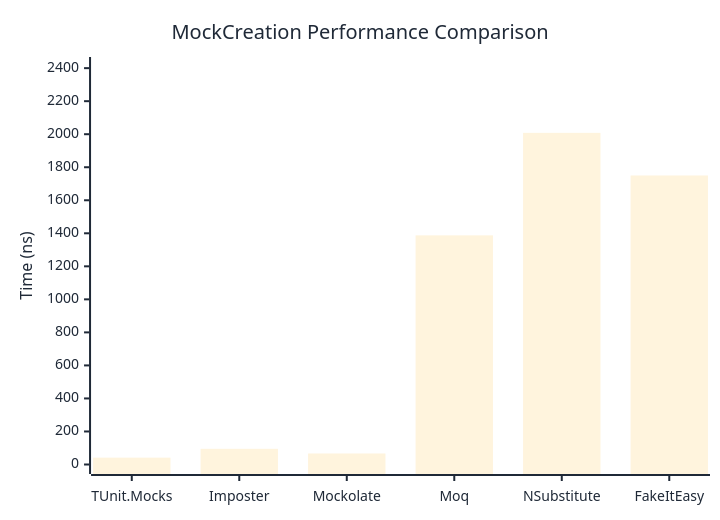
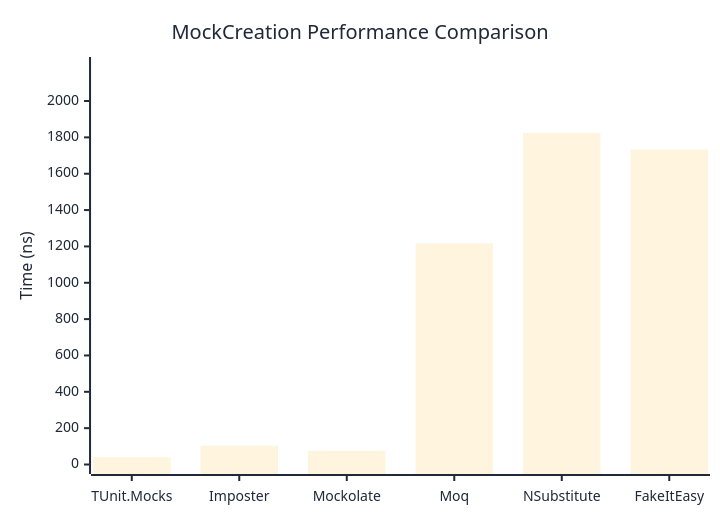
One commit to thomhurst/TUnit changed the first of 2 diagrams in docs/docs/benchmarks/mocks/MockCreation.md. Above: the diagram before and after it, drawn with Mermaid. The commit also changed other lines of this file and 14 other files, not shown here.

````diff
--- a/docs/docs/benchmarks/mocks/MockCreation.md
+++ b/docs/docs/benchmarks/mocks/MockCreation.md
@@ -28,27 +28,27 @@
 ```mermaid
 %%{init: {
   'theme':'base',
   'themeVariables': {
     'primaryColor': '#2563eb',
     'primaryTextColor': '#1f2937',
     'primaryBorderColor': '#1e40af',
     'lineColor': '#6b7280',
     'secondaryColor': '#7c3aed',
     'tertiaryColor': '#dc2626',
     'background': '#ffffff',
     'pie1': '#2563eb',
     'pie2': '#7c3aed',
     'pie3': '#dc2626',
     'pie4': '#f59e0b',
     'pie5': '#10b981',
     'pie6': '#06b6d4',
     'pie7': '#ec4899',
     'pie8': '#6366f1'
   }
 }}%%
 xychart-beta
   title "MockCreation Performance Comparison"
   x-axis ["TUnit.Mocks", "Imposter", "Mockolate", "Moq", "NSubstitute", "FakeItEasy"]
-  y-axis "Time (ns)" 0 --> 2410
-  bar [41.52, 94.9, 66.68, 1387.51, 2008.29, 1750.15]
+  y-axis "Time (ns)" 0 --> 2190
+  bar [40.14, 103.32, 75.18, 1216.44, 1824.22, 1732.69]
 ```
````
